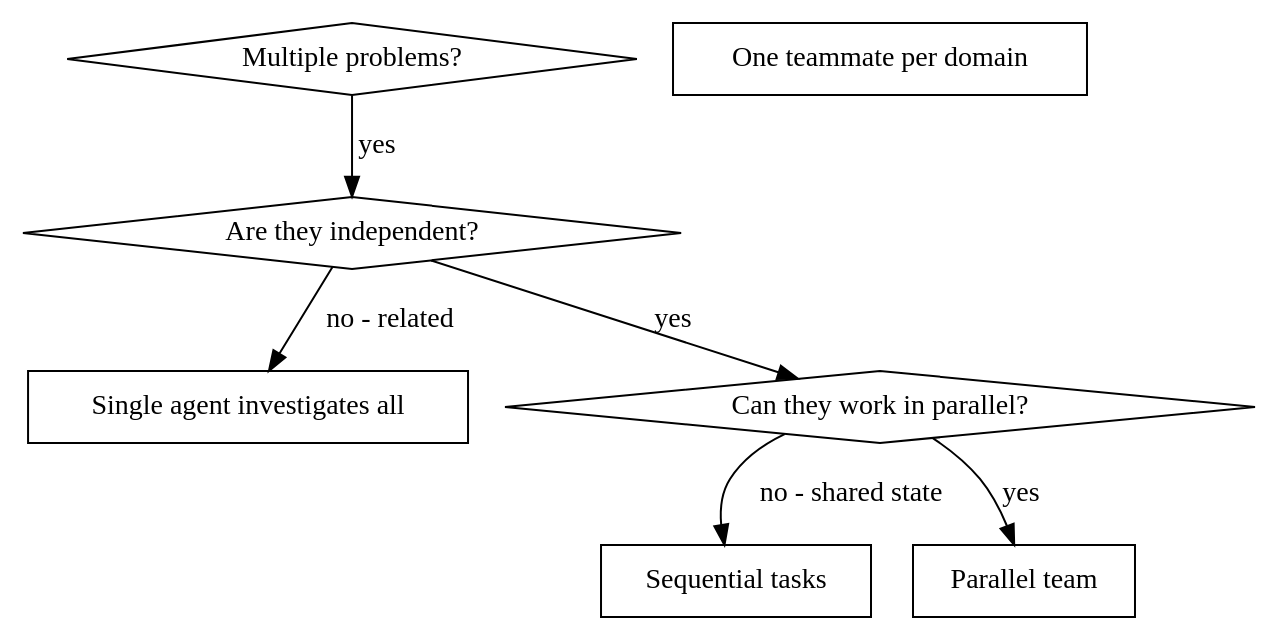
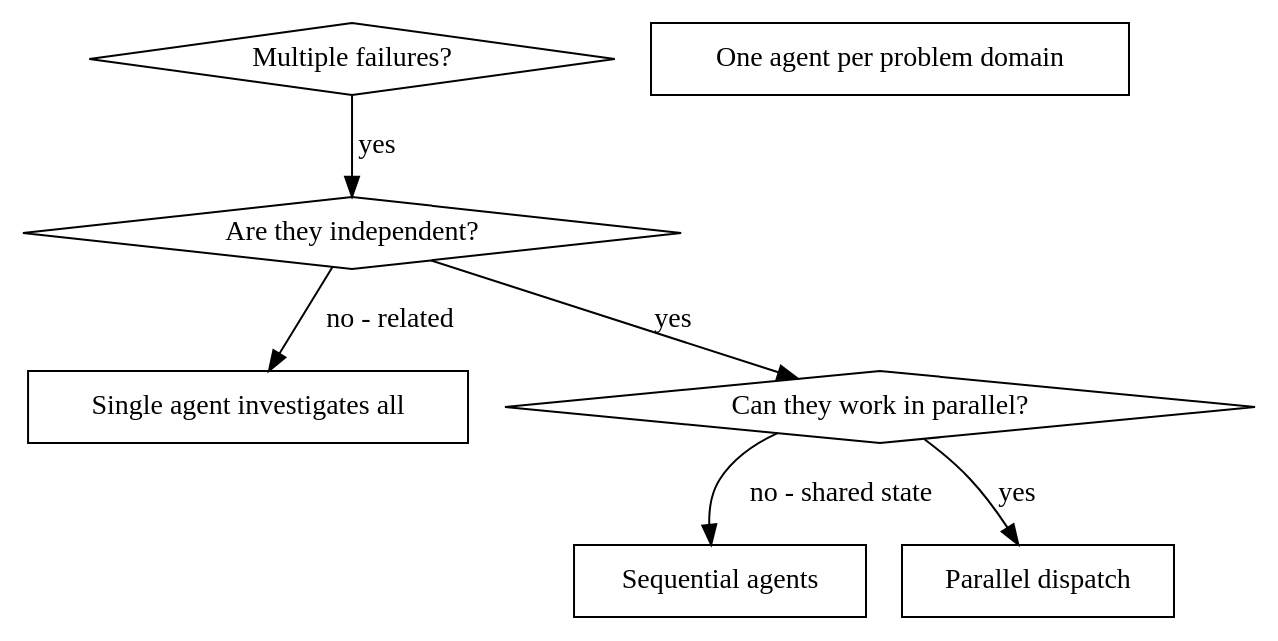
The diagram in skills/parallel-agents/SKILL.md (shousper/claude-kit), drawn with Graphviz before and after one commit. The commit also changed other lines of this file and 23 other files, not shown here.

````diff
--- a/skills/parallel-agents/SKILL.md
+++ b/skills/parallel-agents/SKILL.md
@@ -16,17 +16,17 @@
 ```dot
 digraph when_to_use {
-    "Multiple problems?" [shape=diamond];
+    "Multiple failures?" [shape=diamond];
     "Are they independent?" [shape=diamond];
     "Single agent investigates all" [shape=box];
-    "One teammate per domain" [shape=box];
+    "One agent per problem domain" [shape=box];
     "Can they work in parallel?" [shape=diamond];
-    "Sequential tasks" [shape=box];
-    "Parallel team" [shape=box];
+    "Sequential agents" [shape=box];
+    "Parallel dispatch" [shape=box];
 
-    "Multiple problems?" -> "Are they independent?" [label="yes"];
+    "Multiple failures?" -> "Are they independent?" [label="yes"];
     "Are they independent?" -> "Single agent investigates all" [label="no - related"];
     "Are they independent?" -> "Can they work in parallel?" [label="yes"];
-    "Can they work in parallel?" -> "Parallel team" [label="yes"];
-    "Can they work in parallel?" -> "Sequential tasks" [label="no - shared state"];
+    "Can they work in parallel?" -> "Parallel dispatch" [label="yes"];
+    "Can they work in parallel?" -> "Sequential agents" [label="no - shared state"];
 }
 ```
````
